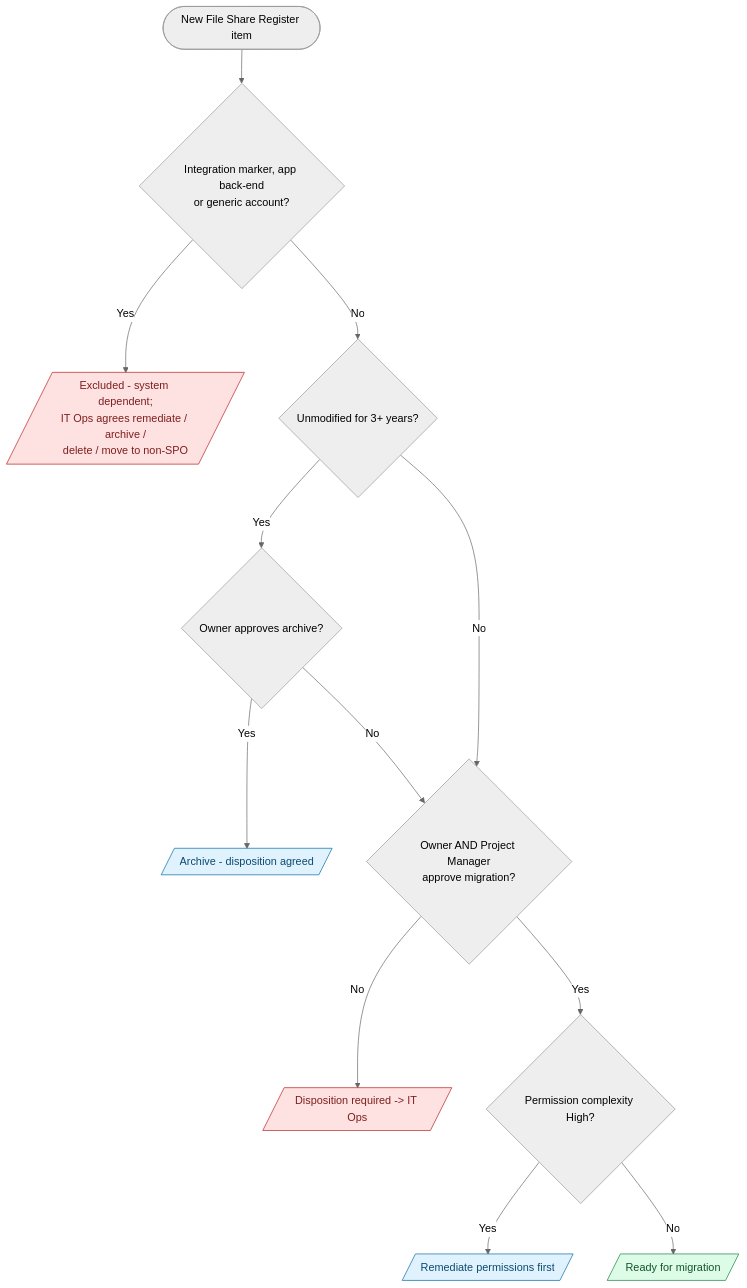
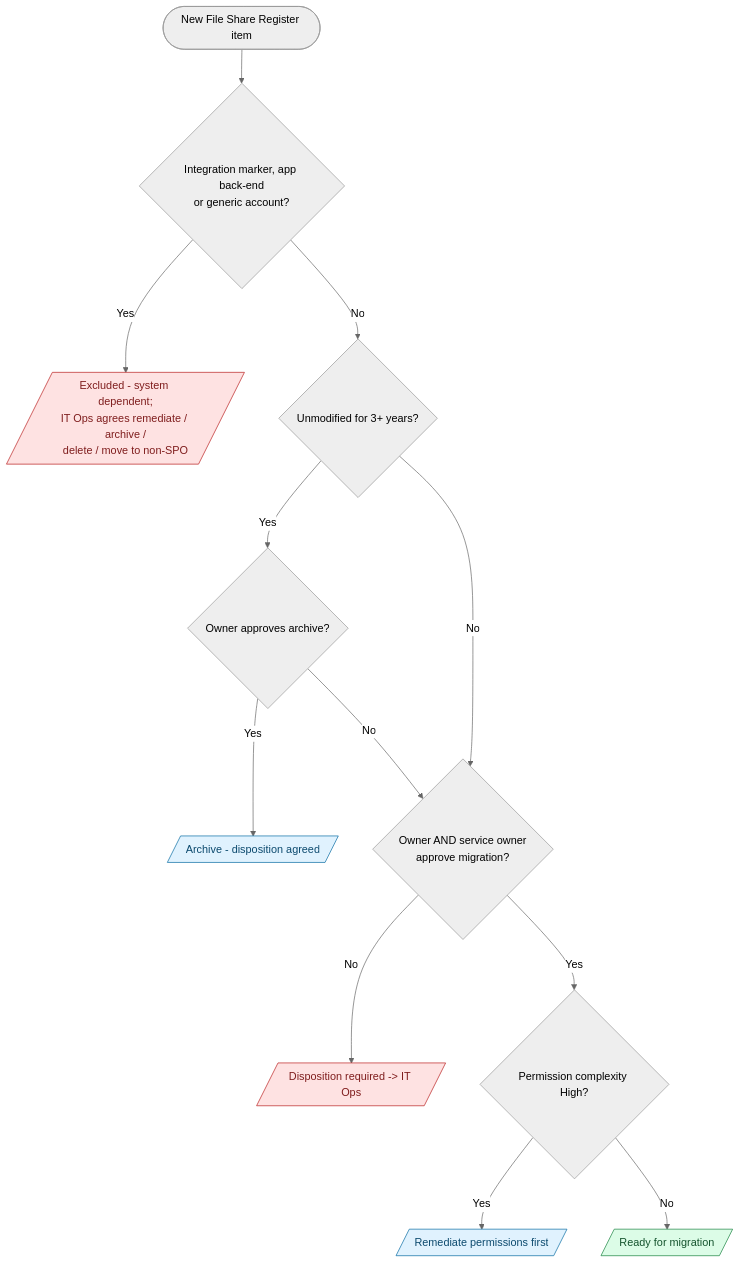
The sixth of 7 diagrams in solutions/SharePointGovernance/diagrams/governance-flows.md (flinty-isd/Projects-hub), drawn with Mermaid (neutral theme) before and after one commit. The commit also changed other lines of this file and 12 other files, not shown here.

First line of the commit message:
Adapt SharePoint governance flows for BAU

````diff
--- a/solutions/SharePointGovernance/diagrams/governance-flows.md
+++ b/solutions/SharePointGovernance/diagrams/governance-flows.md
@@ -116,17 +110,17 @@
 ```mermaid
 flowchart TD
   A([New File Share Register item]) --> SD{"Integration marker, app back-end<br/>or generic account?"}
   SD -->|Yes| EX[/"Excluded - system dependent;<br/>IT Ops agrees remediate / archive /<br/>delete / move to non-SPO"/]:::bad
   SD -->|No| ST{"Unmodified for 3+ years?"}
   ST -->|Yes| AR{"Owner approves archive?"}
   AR -->|Yes| ARC[/"Archive - disposition agreed"/]:::info
   AR -->|No| MG
-  ST -->|No| MG{"Owner AND Project Manager<br/>approve migration?"}
+  ST -->|No| MG{"Owner AND service owner<br/>approve migration?"}
   MG -->|No| DR[/"Disposition required -> IT Ops"/]:::bad
   MG -->|Yes| PC{"Permission complexity High?"}
   PC -->|Yes| RM[/"Remediate permissions first"/]:::info
   PC -->|No| RD[/"Ready for migration"/]:::good
   classDef good fill:#dcfce7,stroke:#15803d,color:#14532d
   classDef bad fill:#fee2e2,stroke:#b91c1c,color:#7f1d1d
   classDef info fill:#e0f2fe,stroke:#0369a1,color:#0c4a6e
 ```
````
